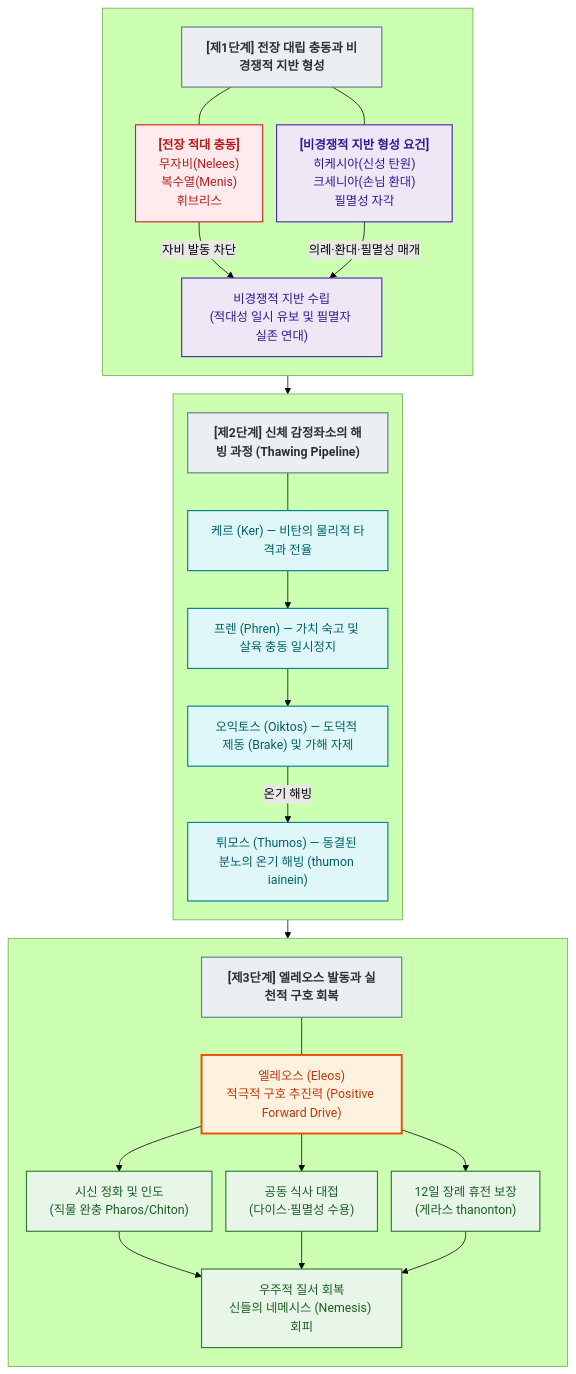
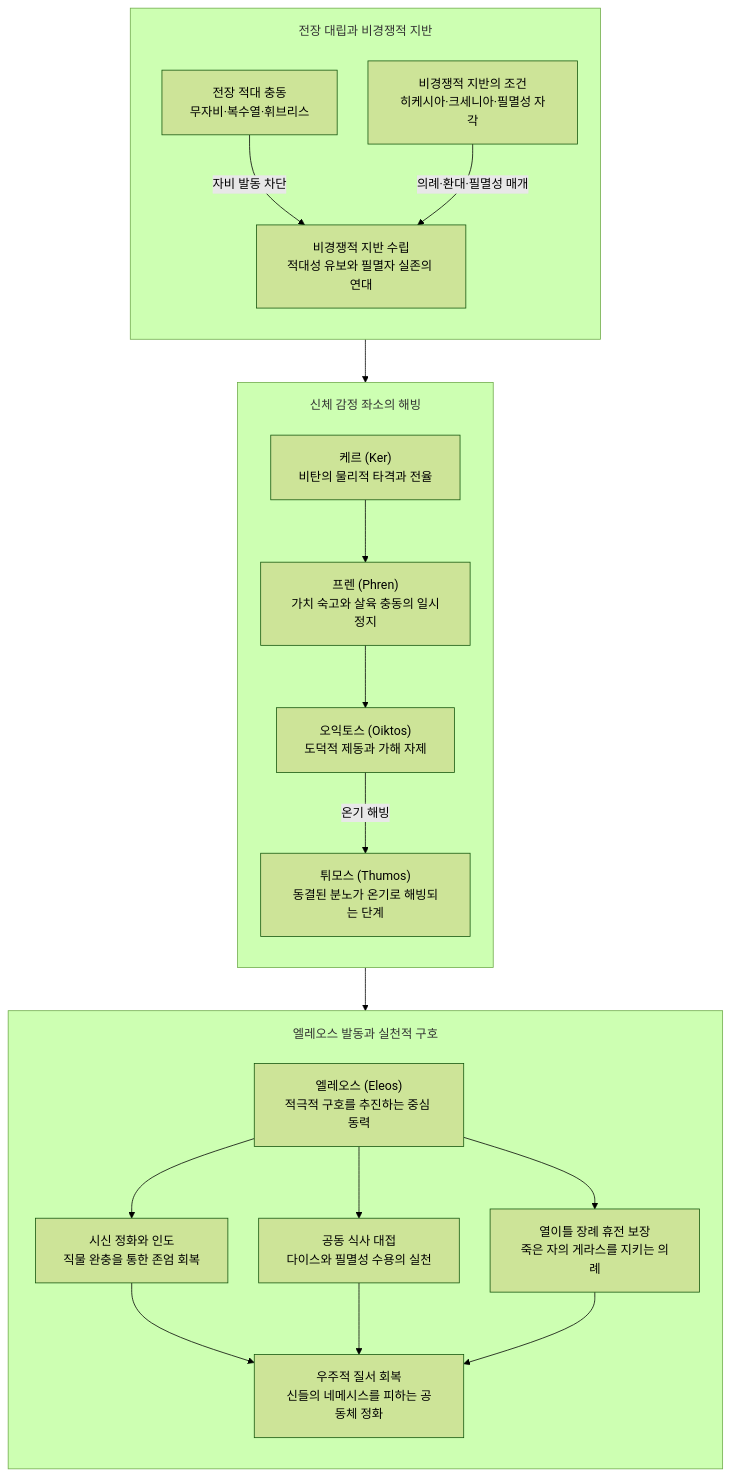
Before and after one commit to YgHnSIM/Homer_wiki: the diagram in wiki/concepts/concept-eleos.md, drawn with Mermaid (forest theme). The commit also changed other lines of this file and 9 other files, not shown here.

Commit message:
refactor(concepts): concept Mermaid 신규격 일괄 적용

````diff
--- a/wiki/concepts/concept-eleos.md
+++ b/wiki/concepts/concept-eleos.md
@@ -114,58 +114,37 @@
 ```mermaid
-%%{init: {'flowchart': {'useMaxWidth': true, 'nodeSpacing': 18, 'rankSpacing': 24}}}%%
+%%{init: {'flowchart': {'useMaxWidth': true, 'nodeSpacing': 40, 'rankSpacing': 56, 'padding': 18, 'subGraphTitleMargin': {'top': 18, 'bottom': 10}}}}%%
 flowchart TD
-    %% 스타일 정의
-    classDef banner fill:#ECEFF1,stroke:#607D8B,stroke-width:1.5px,font-weight:bold,color:#263238;
-    classDef core fill:#FFF3E0,stroke:#E65100,stroke-width:2.5px,color:#BF360C;
-    classDef ground fill:#EDE7F6,stroke:#512DA8,stroke-width:1.5px,color:#311B92;
-    classDef psyche fill:#E0F7FA,stroke:#00838F,stroke-width:1.5px,color:#006064;
-    classDef action fill:#E8F5E9,stroke:#2E7D32,stroke-width:1.5px,color:#1B5E20;
-    classDef oppose fill:#FFEBEE,stroke:#C62828,stroke-width:1.5px,color:#B71C1C;
-
-    %% 1. 대립 충동과 비경쟁적 지반
-    subgraph S1 [" "]
+    subgraph Ground["전장 대립과 비경쟁적 지반"]
         direction TB
-        T1["[제1단계] 전장 대립 충동과 비경쟁적 지반 형성"]:::banner
-        OPP["<b>[전장 적대 충동]</b><br/>무자비(Nelees)<br/>복수열(Menis)<br/>휘브리스"]:::oppose
-        REQ["<b>[비경쟁적 지반 형성 요건]</b><br/>히케시아(신성 탄원)<br/>크세니아(손님 환대)<br/>필멸성 자각"]:::ground
-        GND["비경쟁적 지반 수립<br/>(적대성 일시 유보 및 필멸자 실존 연대)"]:::ground
-
-        T1 --- OPP & REQ
-        OPP -->|"자비 발동 차단"| GND
-        REQ -->|"의례·환대·필멸성 매개"| GND
+        Opp["전장 적대 충동<br/>무자비·복수열·휘브리스"]:::crisis
+        Req["비경쟁적 지반의 조건<br/>히케시아·크세니아·필멸성 자각"]
+        Gnd["비경쟁적 지반 수립<br/>적대성 유보와 필멸자 실존의 연대"]:::resolve
+        Opp -->|"자비 발동 차단"| Gnd
+        Req -->|"의례·환대·필멸성 매개"| Gnd
     end
 
-    %% 2. 신체 감정좌소의 해빙
-    subgraph S2 [" "]
+    subgraph Thaw["신체 감정 좌소의 해빙"]
         direction TB
-        T2["[제2단계] 신체 감정좌소의 해빙 과정 (Thawing Pipeline)"]:::banner
-        KER["케르 (Ker) — 비탄의 물리적 타격과 전율"]:::psyche
-        PH["프렌 (Phren) — 가치 숙고 및 살육 충동 일시정지"]:::psyche
-        OIK["오익토스 (Oiktos) — 도덕적 제동 (Brake) 및 가해 자제"]:::psyche
-        THU["튀모스 (Thumos) — 동결된 분노의 온기 해빙 (thumon iainein)"]:::psyche
-
-        T2 --- KER
-        KER --> PH
-        PH --> OIK
-        OIK -->|"온기 해빙"| THU
+        Ker["케르 (Ker)<br/>비탄의 물리적 타격과 전율"]
+        Phren["프렌 (Phren)<br/>가치 숙고와 살육 충동의 일시정지"]
+        Oik["오익토스 (Oiktos)<br/>도덕적 제동과 가해 자제"]
+        Thumos["튀모스 (Thumos)<br/>동결된 분노가 온기로 해빙되는 단계"]
+        Ker --> Phren
+        Phren --> Oik
+        Oik -->|"온기 해빙"| Thumos
     end
 
-    %% 3. 중심 추진력과 실천적 구호
-    subgraph S3 [" "]
+    subgraph Action["엘레오스 발동과 실천적 구호"]
         direction TB
-        T3["[제3단계] 엘레오스 발동과 실천적 구호 회복"]:::banner
-        ELE["엘레오스 (Eleos)<br/>적극적 구호 추진력 (Positive Forward Drive)"]:::core
-        ACT1["시신 정화 및 인도<br/>(직물 완충 Pharos/Chiton)"]:::action
-        ACT2["공동 식사 대접<br/>(다이스·필멸성 수용)"]:::action
-        ACT3["12일 장례 휴전 보장<br/>(게라스 thanonton)"]:::action
-        SAN["우주적 질서 회복<br/>신들의 네메시스 (Nemesis) 회피"]:::action
-
-        T3 --- ELE
-        ELE --> ACT1 & ACT2 & ACT3
-        ACT1 & ACT2 & ACT3 --> SAN
+        Ele["엘레오스 (Eleos)<br/>적극적 구호를 추진하는 중심 동력"]:::focus
+        Act1["시신 정화와 인도<br/>직물 완충을 통한 존엄 회복"]
+        Act2["공동 식사 대접<br/>다이스와 필멸성 수용의 실천"]
+        Act3["열이틀 장례 휴전 보장<br/>죽은 자의 게라스를 지키는 의례"]
+        San["우주적 질서 회복<br/>신들의 네메시스를 피하는 공동체 정화"]:::resolve
+        Ele --> Act1 & Act2 & Act3
+        Act1 & Act2 & Act3 --> San
     end
 
-    %% 단계 간 수직 파이프라인 연결
-    GND --> T2
-    THU --> T3
+    Gnd --> Ker
+    Thumos --> Ele
 ```
````
